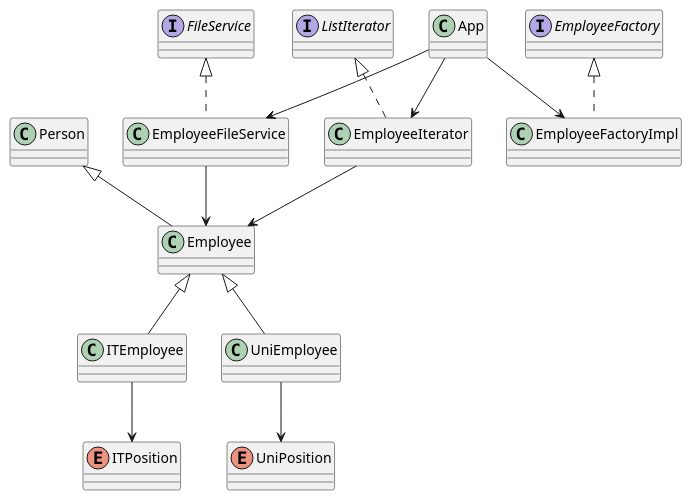
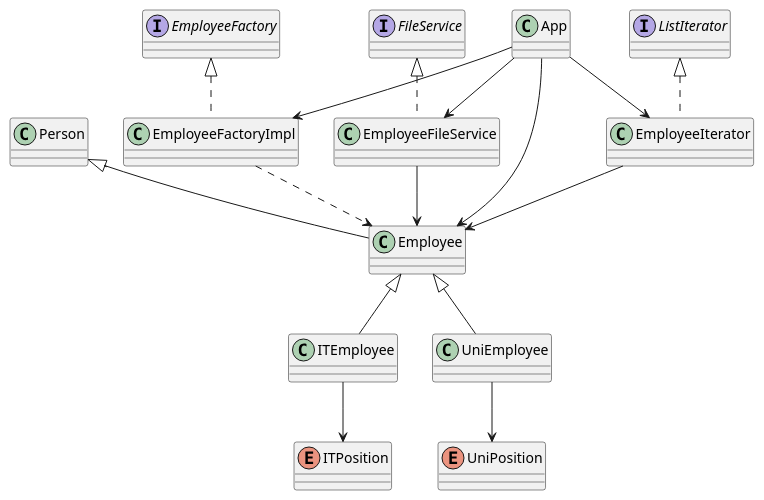
One commit to Ddavid111/employee-management-system changed the diagram in docs/simplifiedClassDiagram.puml. Above: the diagram before and after it, drawn with PlantUML. The commit also changed 8 other files, not shown here.

```diff
--- a/docs/simplifiedClassDiagram.puml
+++ b/docs/simplifiedClassDiagram.puml
@@ -1,43 +1,47 @@
 @startuml
-' ====== Alap osztályok ======
+
+' ====== Alap entitások ======
 class Person
 class Employee
 class ITEmployee
 class UniEmployee
 
-' ====== Enumok ======
+' ====== Enum-ok ======
 enum ITPosition
 enum UniPosition
 
-' ====== Minták és implementációk ======
+' ====== Tervezési minták ======
 interface EmployeeFactory
 class EmployeeFactoryImpl
 
 interface FileService
 class EmployeeFileService
 
 interface ListIterator
 class EmployeeIterator
 
 ' ====== Főprogram ======
 class App
 
 ' ====== Kapcsolatok ======
 Person <|-- Employee
 Employee <|-- ITEmployee
 Employee <|-- UniEmployee
 
 ITEmployee --> ITPosition
 UniEmployee --> UniPosition
 
 EmployeeFactory <|.. EmployeeFactoryImpl
+EmployeeFactoryImpl ..> Employee
+
 FileService <|.. EmployeeFileService
+EmployeeFileService --> Employee
+
 ListIterator <|.. EmployeeIterator
-
-EmployeeFileService --> Employee
 EmployeeIterator --> Employee
 
 App --> EmployeeFactoryImpl
 App --> EmployeeFileService
 App --> EmployeeIterator
+App --> Employee
 @enduml
```
